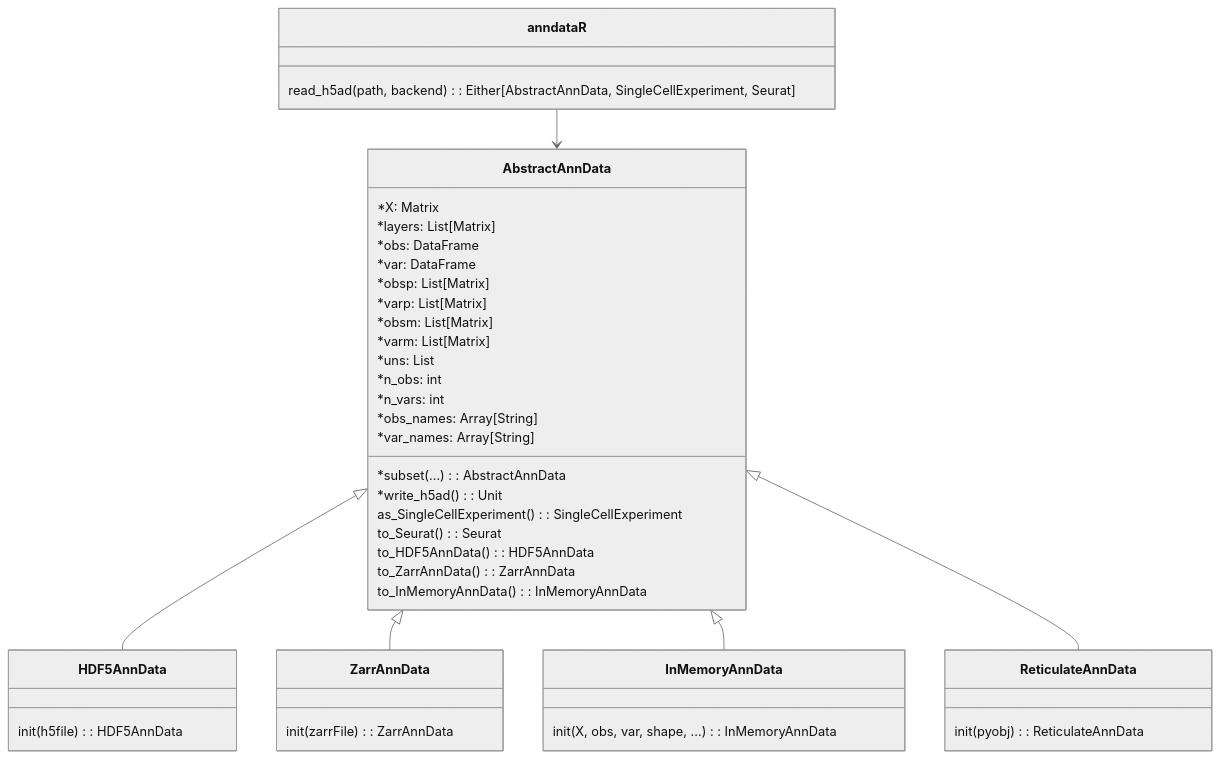
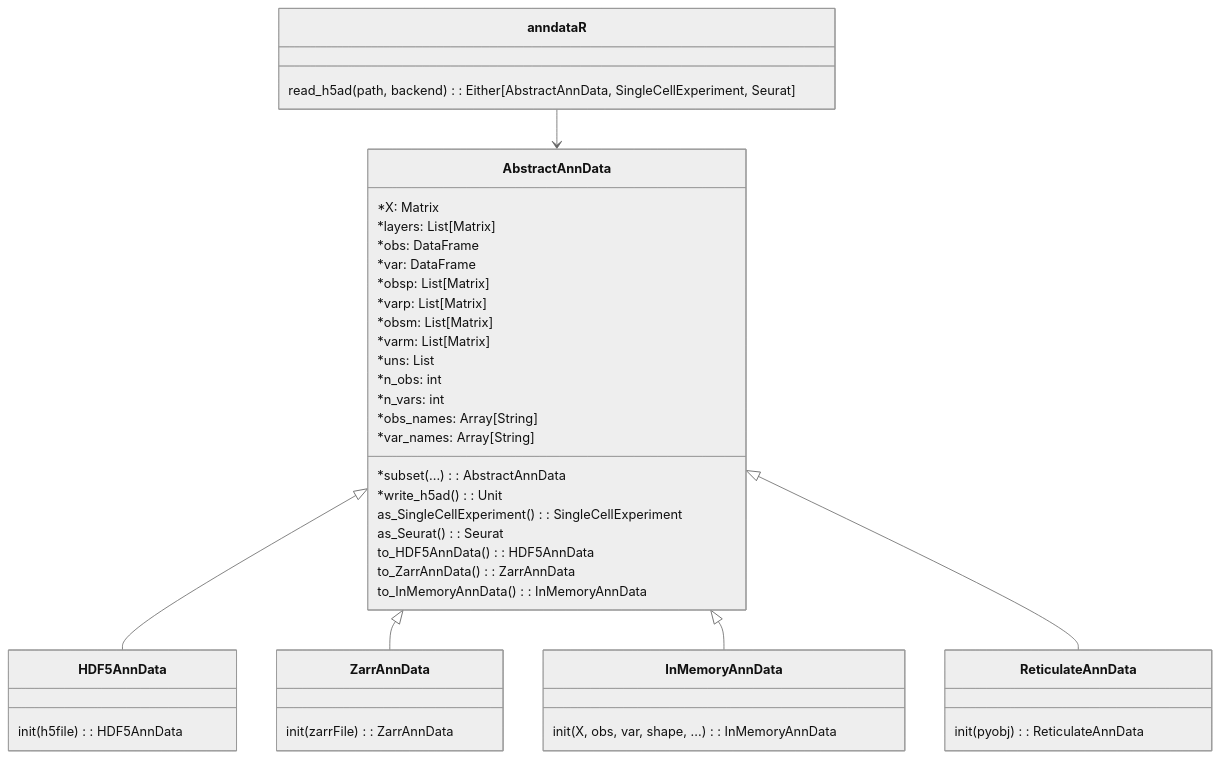
One commit to scverse/anndataR changed the diagram in vignettes/diagrams/class_diagram.mmd. Above: the diagram before and after it, drawn with Mermaid (neutral theme). The commit also changed 15 other files, not shown here.

```diff
--- a/vignettes/diagrams/class_diagram.mmd
+++ b/vignettes/diagrams/class_diagram.mmd
@@ -1,51 +1,51 @@
 
 classDiagram
   class AbstractAnnData {
     *X: Matrix
     *layers: List[Matrix]
     *obs: DataFrame
     *var: DataFrame
     *obsp: List[Matrix]
     *varp: List[Matrix]
     *obsm: List[Matrix]
     *varm: List[Matrix]
     *uns: List
     *n_obs: int
     *n_vars: int
     *obs_names: Array[String]
     *var_names: Array[String]
     *subset(...): AbstractAnnData
     *write_h5ad(): Unit
 
     as_SingleCellExperiment(): SingleCellExperiment
-    to_Seurat(): Seurat
+    as_Seurat(): Seurat
 
     to_HDF5AnnData(): HDF5AnnData
     to_ZarrAnnData(): ZarrAnnData
     to_InMemoryAnnData(): InMemoryAnnData
   }
 
   AbstractAnnData <|-- HDF5AnnData
   class HDF5AnnData {
     init(h5file): HDF5AnnData
   }
 
   AbstractAnnData <|-- ZarrAnnData
   class ZarrAnnData {
     init(zarrFile): ZarrAnnData
   }
 
   AbstractAnnData <|-- InMemoryAnnData
   class InMemoryAnnData {
     init(X, obs, var, shape, ...): InMemoryAnnData
   }
 
   AbstractAnnData <|-- ReticulateAnnData
   class ReticulateAnnData {
     init(pyobj): ReticulateAnnData
   }
 
   class anndataR {
     read_h5ad(path, backend): Either[AbstractAnnData, SingleCellExperiment, Seurat]
   }
   anndataR --> AbstractAnnData
```
